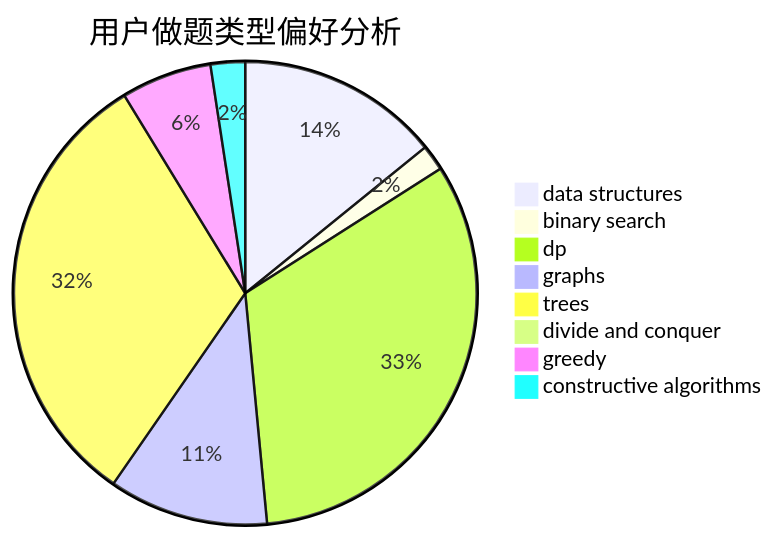
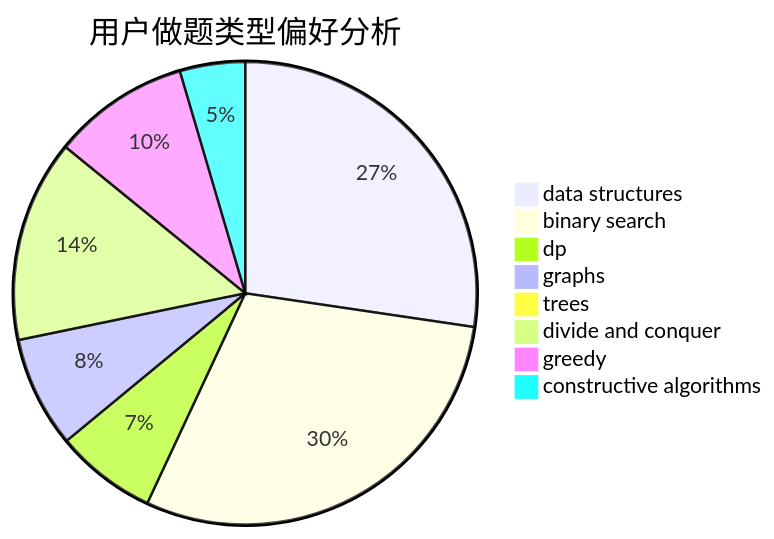
Before and after one commit to sherpahu/cfrs.github.io: the second of 3 diagrams in docs/user/u1923.md, drawn with Mermaid. The commit also changed other lines of this file and 2770 other files, not shown here.

````diff
--- a/docs/user/u1923.md
+++ b/docs/user/u1923.md
@@ -23,11 +23,11 @@
 ```mermaid
 pie title 用户做题类型偏好分析
-    "data structures" :  47
-    "binary search" :  6
-    "dp" :  108
-    "graphs" :  37
-    "trees" :  105
-    "divide and conquer" :  0
-    "greedy" :  21
-    "constructive algorithms" :  8
+    "data structures" :  120
+    "binary search" :  130
+    "dp" :  31
+    "graphs" :  34
+    "trees" :  0
+    "divide and conquer" :  62
+    "greedy" :  42
+    "constructive algorithms" :  20
 ```
````
